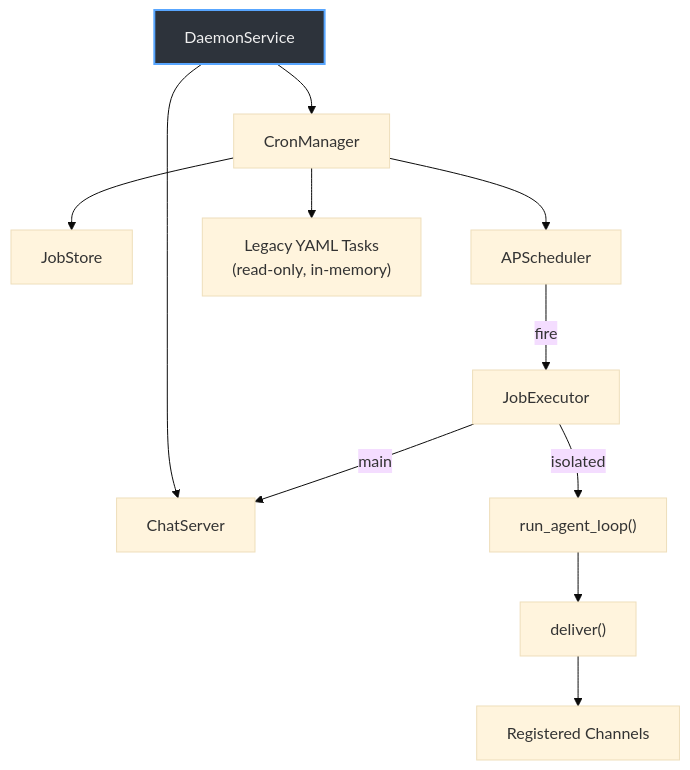
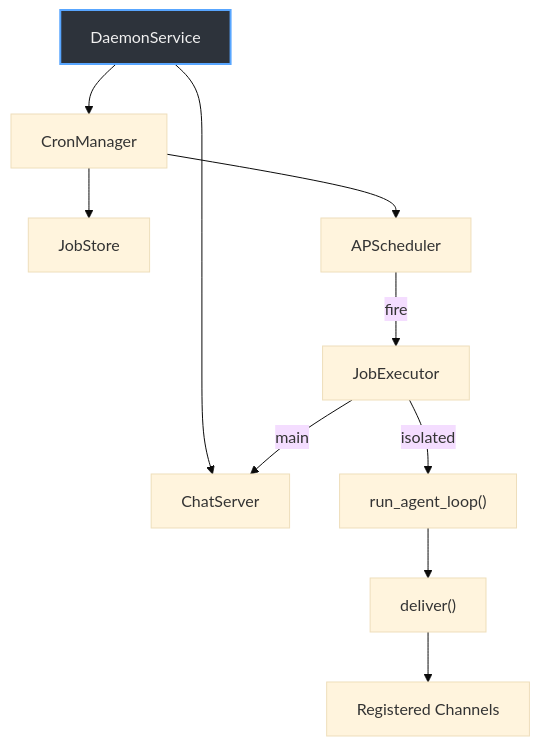
One commit to Creel-ai/creel changed the second of 2 diagrams in docs/architecture/cron.md. Above: the diagram before and after it, drawn with Mermaid (base theme). The commit also changed other lines of this file and 9 other files, not shown here.

First line of the commit message:
Remove legacy YAML task support from cron system

````diff
--- a/docs/architecture/cron.md
+++ b/docs/architecture/cron.md
@@ -110,15 +109,14 @@
 ```mermaid
 flowchart TD
     daemon["DaemonService"] --> cm["CronManager"]
     daemon --> cs["ChatServer"]
     cm --> store["JobStore"]
     cm --> sched["APScheduler"]
-    cm --> legacy["Legacy YAML Tasks\n(read-only, in-memory)"]
     sched -- "fire" --> exec["JobExecutor"]
     exec -- "main" --> cs
     exec -- "isolated" --> agent["run_agent_loop()"]
     agent --> deliver["deliver()"]
     deliver --> channels["Registered Channels"]
 
     style daemon fill:#2d333b,stroke:#58a6ff,stroke-width:2px,color:#f0f0f0
 ```
````
